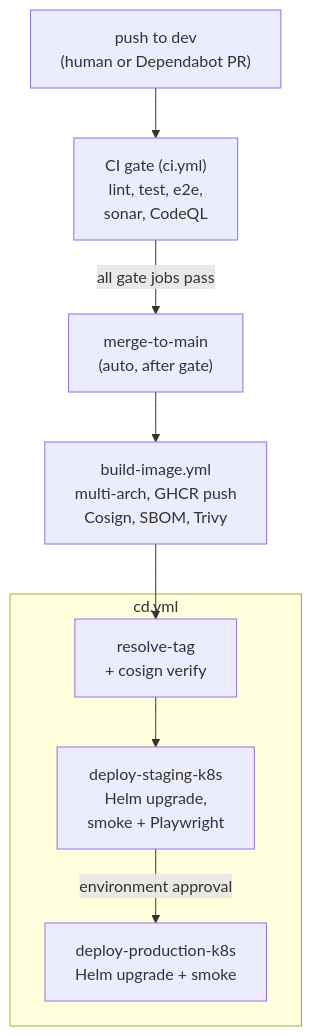
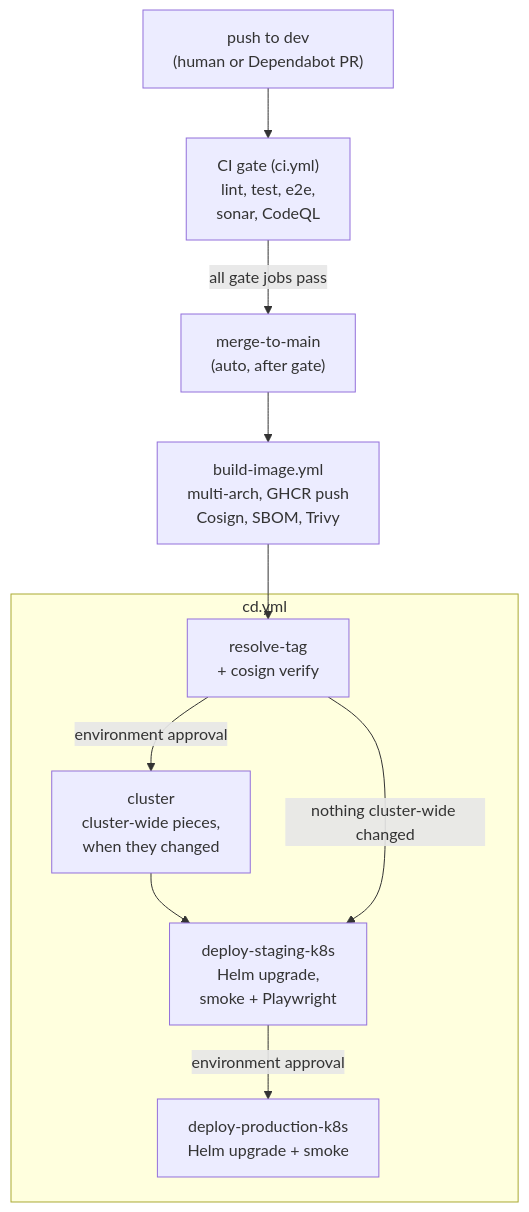
The diagram in docs/infrastructure/Continuous-Deployment.md (volchanskyi/opengate), drawn with Mermaid before and after one commit. The commit also changed other lines of this file and 481 other files, not shown here.

````diff
--- a/docs/infrastructure/Continuous-Deployment.md
+++ b/docs/infrastructure/Continuous-Deployment.md
@@ -28,19 +28,22 @@
 ```mermaid
 flowchart TB
   DEV["push to dev<br/>(human or Dependabot PR)"]
   CI["CI gate (ci.yml)<br/>lint, test, e2e,<br/>sonar, CodeQL"]
   MERGE["merge-to-main<br/>(auto, after gate)"]
   BUILD["build-image.yml<br/>multi-arch, GHCR push<br/>Cosign, SBOM, Trivy"]
   subgraph CD["cd.yml"]
     RESOLVE["resolve-tag<br/>+ cosign verify"]
+    CLUSTER["cluster<br/>cluster-wide pieces,<br/>when they changed"]
     STAGING["deploy-staging-k8s<br/>Helm upgrade,<br/>smoke + Playwright"]
     PROD["deploy-production-k8s<br/>Helm upgrade + smoke"]
   end
 
   DEV --> CI
   CI -->|"all gate jobs pass"| MERGE
   MERGE --> BUILD
   BUILD --> RESOLVE
-  RESOLVE --> STAGING
+  RESOLVE -->|"environment approval"| CLUSTER
+  CLUSTER --> STAGING
+  RESOLVE -->|"nothing cluster-wide changed"| STAGING
   STAGING -->|"environment approval"| PROD
 ```
````
